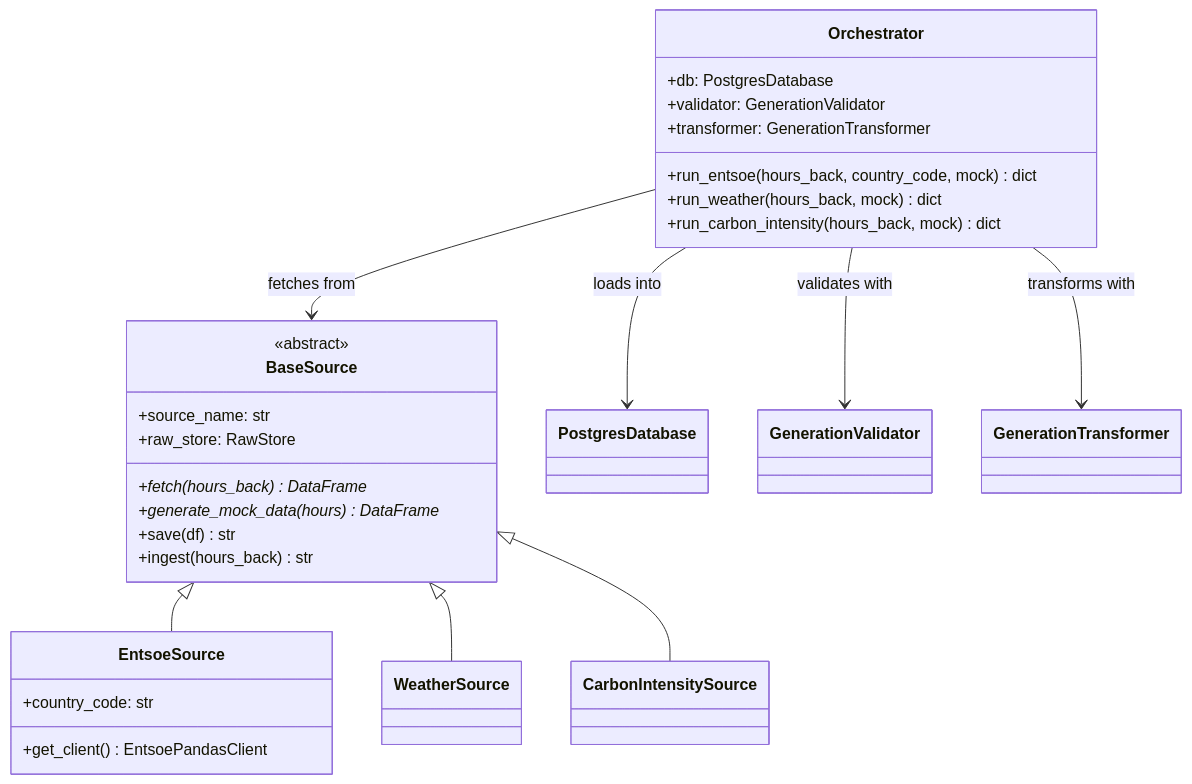
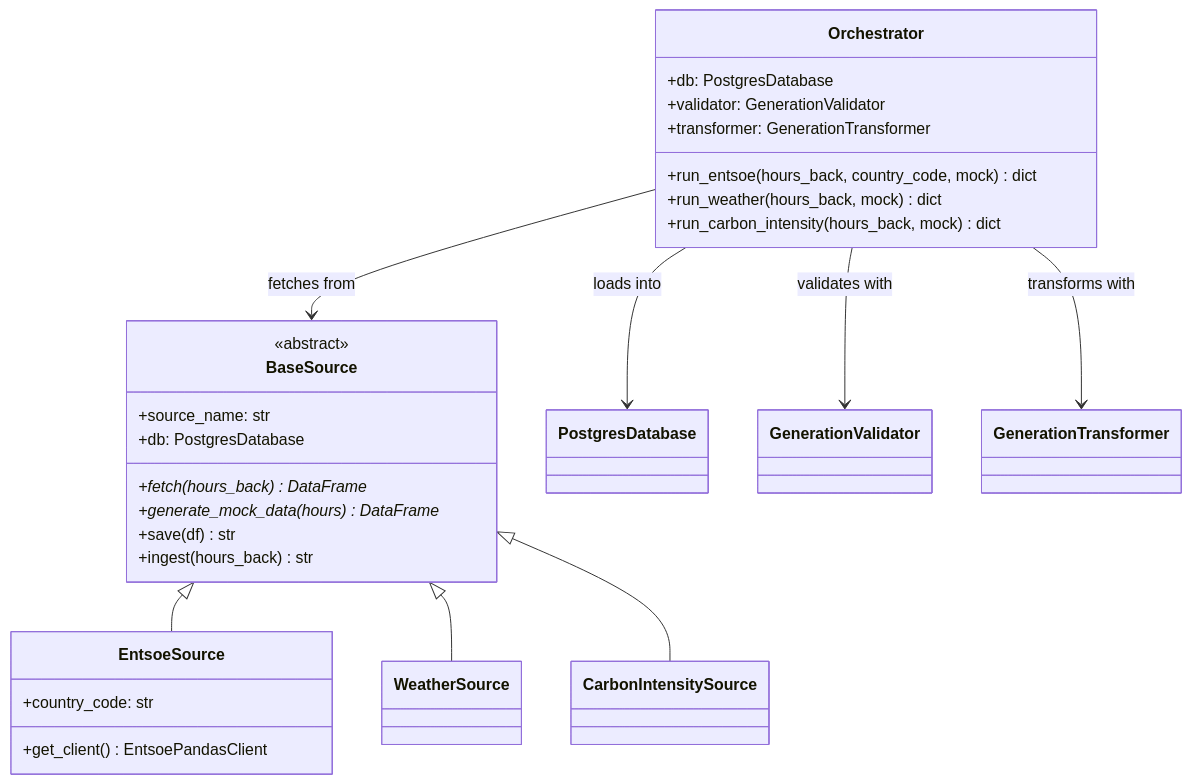
Before and after one commit to squirke1/energy-data-pipeline: the second of 8 diagrams in docs/DIAGRAMS.md, drawn with Mermaid. The commit also changed other lines of this file and 16 other files, not shown here.

````diff
--- a/docs/DIAGRAMS.md
+++ b/docs/DIAGRAMS.md
@@ -36,35 +34,35 @@
 ```mermaid
 classDiagram
     class BaseSource {
         <<abstract>>
         +source_name: str
-        +raw_store: RawStore
+        +db: PostgresDatabase
         +fetch(hours_back)* DataFrame
         +generate_mock_data(hours)* DataFrame
         +save(df) str
         +ingest(hours_back) str
     }
     class EntsoeSource {
         +country_code: str
         +get_client() EntsoePandasClient
     }
     class WeatherSource
     class CarbonIntensitySource
 
     BaseSource <|-- EntsoeSource
     BaseSource <|-- WeatherSource
     BaseSource <|-- CarbonIntensitySource
 
     class Orchestrator {
         +db: PostgresDatabase
         +validator: GenerationValidator
         +transformer: GenerationTransformer
         +run_entsoe(hours_back, country_code, mock) dict
         +run_weather(hours_back, mock) dict
         +run_carbon_intensity(hours_back, mock) dict
     }
     Orchestrator --> BaseSource : fetches from
     Orchestrator --> PostgresDatabase : loads into
     Orchestrator --> GenerationValidator : validates with
     Orchestrator --> GenerationTransformer : transforms with
 ```
````
